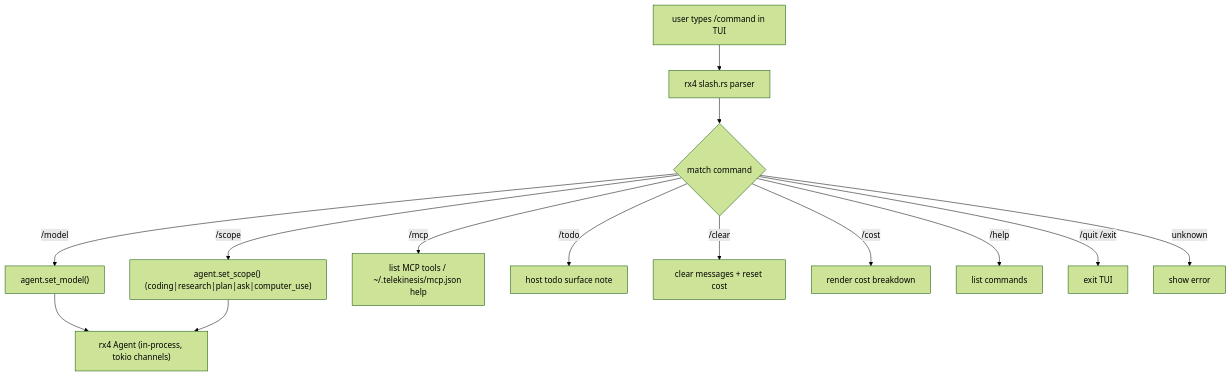
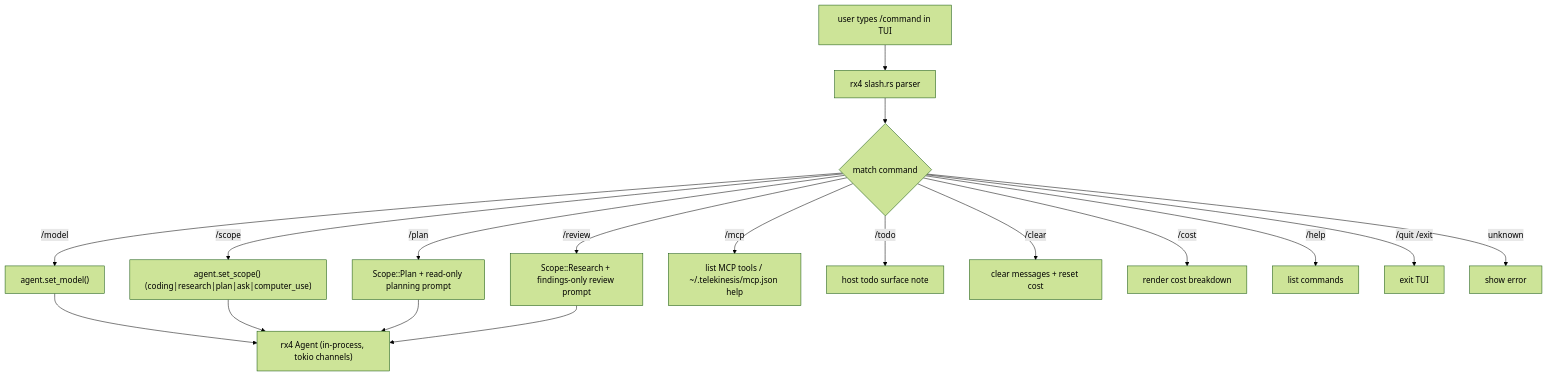
The third of 3 diagrams in docs/ARCHITECTURE.md (semitechnological/telekinesis), drawn with Mermaid (forest theme) before and after one commit. The commit also changed 8 other files, not shown here.

Commit message:
feat(tui): add guided planning and review workflows

````diff
--- a/docs/ARCHITECTURE.md
+++ b/docs/ARCHITECTURE.md
@@ -65,16 +65,20 @@
 ```mermaid
 flowchart TD
   Type["user types /command in TUI"] --> Parse["rx4 slash.rs parser"]
   Parse --> Match{"match command"}
   Match -->|/model| M["agent.set_model()"]
   Match -->|/scope| S["agent.set_scope() (coding|research|plan|ask|computer_use)"]
+  Match -->|/plan| P["Scope::Plan + read-only planning prompt"]
+  Match -->|/review| R["Scope::Research + findings-only review prompt"]
   Match -->|/mcp| Mcp["list MCP tools / ~/.telekinesis/mcp.json help"]
   Match -->|/todo| Todo["host todo surface note"]
   Match -->|/clear| C["clear messages + reset cost"]
   Match -->|/cost| Co["render cost breakdown"]
   Match -->|/help| H["list commands"]
   Match -->|/quit /exit| Q["exit TUI"]
   Match -->|unknown| E["show error"]
   M --> Agent["rx4 Agent (in-process, tokio channels)"]
   S --> Agent
+  P --> Agent
+  R --> Agent
 ```
````
